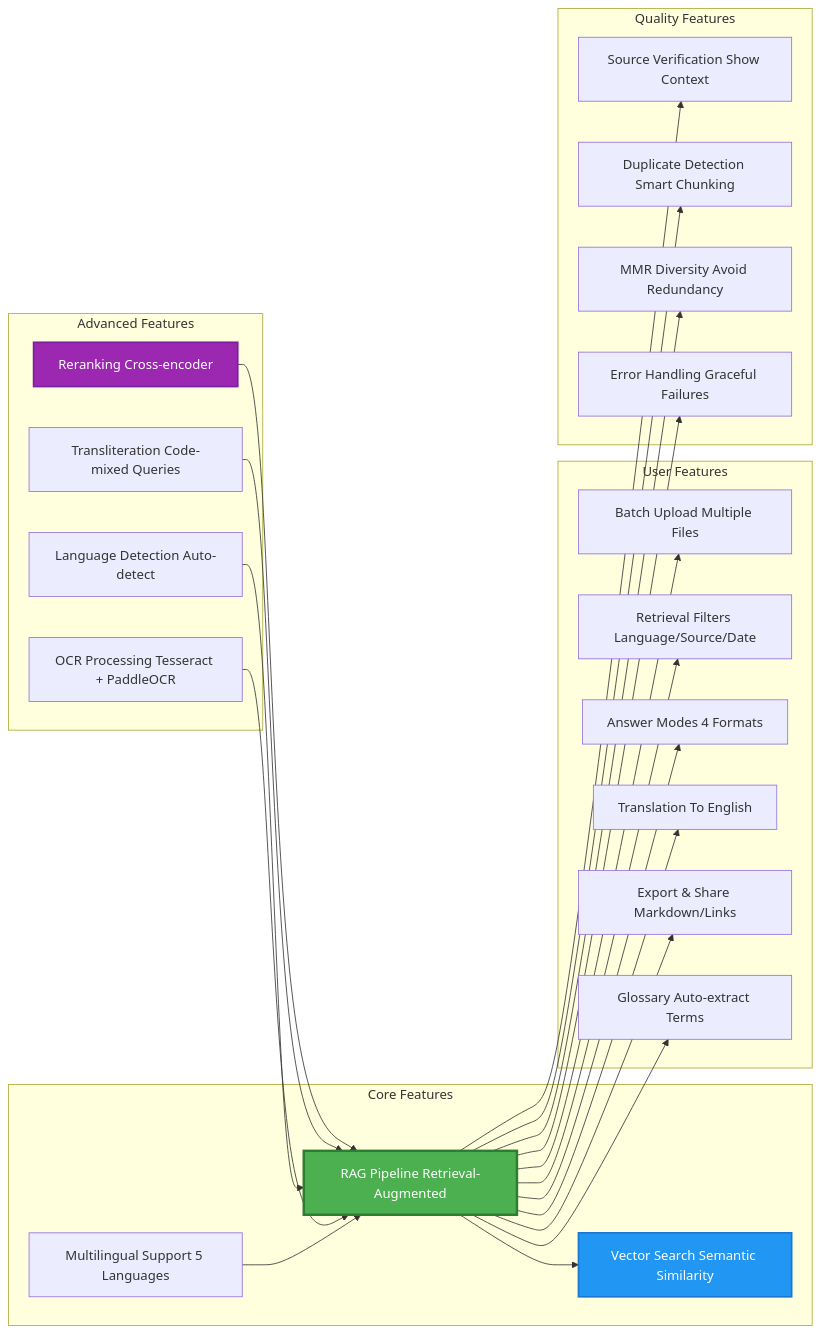
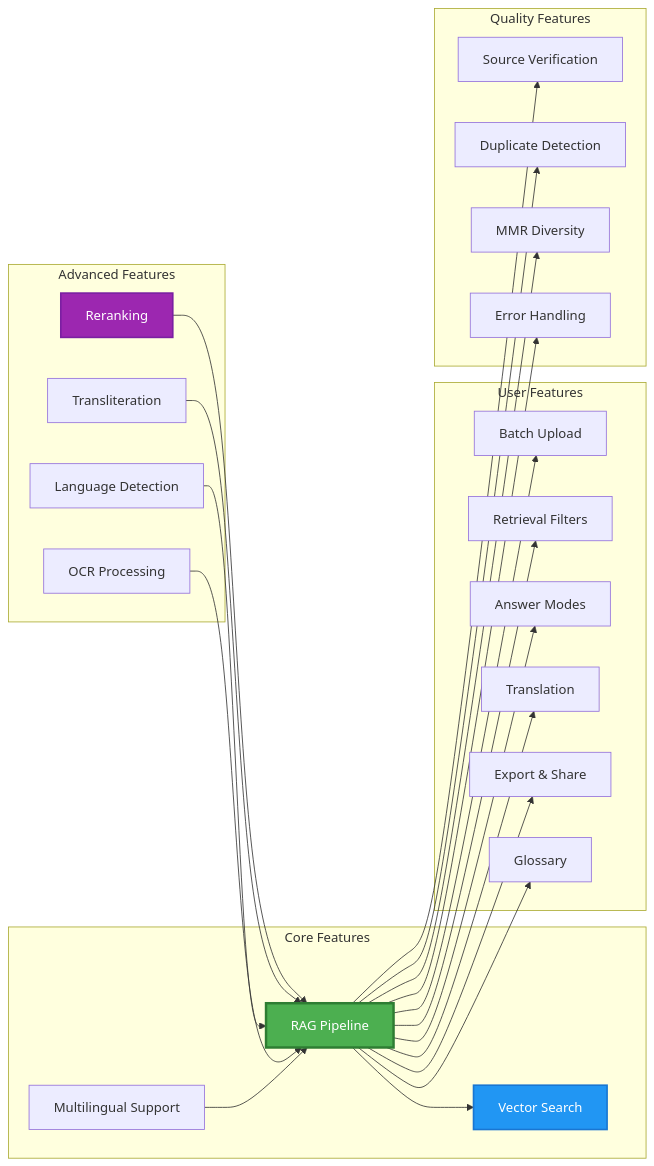
One commit to siv3sh/Client_Nisha_Ma-am changed the fourth of 6 diagrams in ARCHITECTURE.md. Above: the diagram before and after it, drawn with Mermaid. The commit also changed other lines of this file, not shown here.

Commit message:
Fix all remaining Mermaid diagrams - proper indentation and syntax

````diff
--- a/ARCHITECTURE.md
+++ b/ARCHITECTURE.md
@@ -172,52 +172,52 @@
 ```mermaid
 graph LR
- subgraph "Core Features"
- A[Multilingual Support 5 Languages]
- B[RAG Pipeline Retrieval-Augmented]
- C[Vector Search Semantic Similarity]
- end
-
- subgraph "Advanced Features"
- D[OCR Processing Tesseract + PaddleOCR]
- E[Language Detection Auto-detect]
- F[Transliteration Code-mixed Queries]
- G[Reranking Cross-encoder]
- end
-
- subgraph "User Features"
- H[Batch Upload Multiple Files]
- I[Retrieval Filters Language/Source/Date]
- J[Answer Modes 4 Formats]
- K[Translation To English]
- L[Export & Share Markdown/Links]
- M[Glossary Auto-extract Terms]
- end
-
- subgraph "Quality Features"
- N[Source Verification Show Context]
- O[Duplicate Detection Smart Chunking]
- P[MMR Diversity Avoid Redundancy]
- Q[Error Handling Graceful Failures]
- end
-
- A --> B
- B --> C
- D --> B
- E --> B
- F --> B
- G --> B
- B --> H
- B --> I
- B --> J
- B --> K
- B --> L
- B --> M
- B --> N
- B --> O
- B --> P
- B --> Q
-
- style B fill:#4CAF50,stroke:#2E7D32,stroke-width:3px,color:#fff
- style C fill:#2196F3,stroke:#1976D2,stroke-width:2px,color:#fff
- style G fill:#9C27B0,stroke:#7B1FA2,stroke-width:2px,color:#fff
+    subgraph Core["Core Features"]
+        A[Multilingual Support]
+        B[RAG Pipeline]
+        C[Vector Search]
+    end
+    
+    subgraph Advanced["Advanced Features"]
+        D[OCR Processing]
+        E[Language Detection]
+        F[Transliteration]
+        G[Reranking]
+    end
+    
+    subgraph User["User Features"]
+        H[Batch Upload]
+        I[Retrieval Filters]
+        J[Answer Modes]
+        K[Translation]
+        L[Export & Share]
+        M[Glossary]
+    end
+    
+    subgraph Quality["Quality Features"]
+        N[Source Verification]
+        O[Duplicate Detection]
+        P[MMR Diversity]
+        Q[Error Handling]
+    end
+    
+    A --> B
+    B --> C
+    D --> B
+    E --> B
+    F --> B
+    G --> B
+    B --> H
+    B --> I
+    B --> J
+    B --> K
+    B --> L
+    B --> M
+    B --> N
+    B --> O
+    B --> P
+    B --> Q
+    
+    style B fill:#4CAF50,stroke:#2E7D32,stroke-width:3px,color:#fff
+    style C fill:#2196F3,stroke:#1976D2,stroke-width:2px,color:#fff
+    style G fill:#9C27B0,stroke:#7B1FA2,stroke-width:2px,color:#fff
 ```
````
